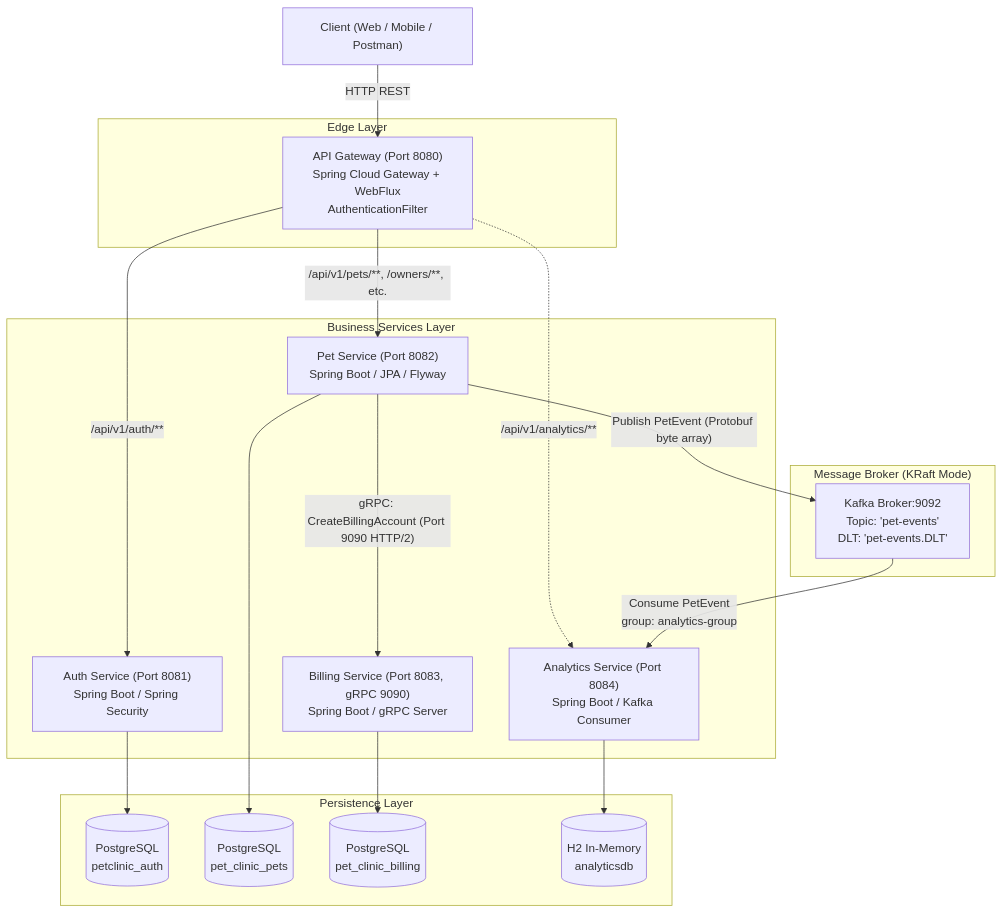
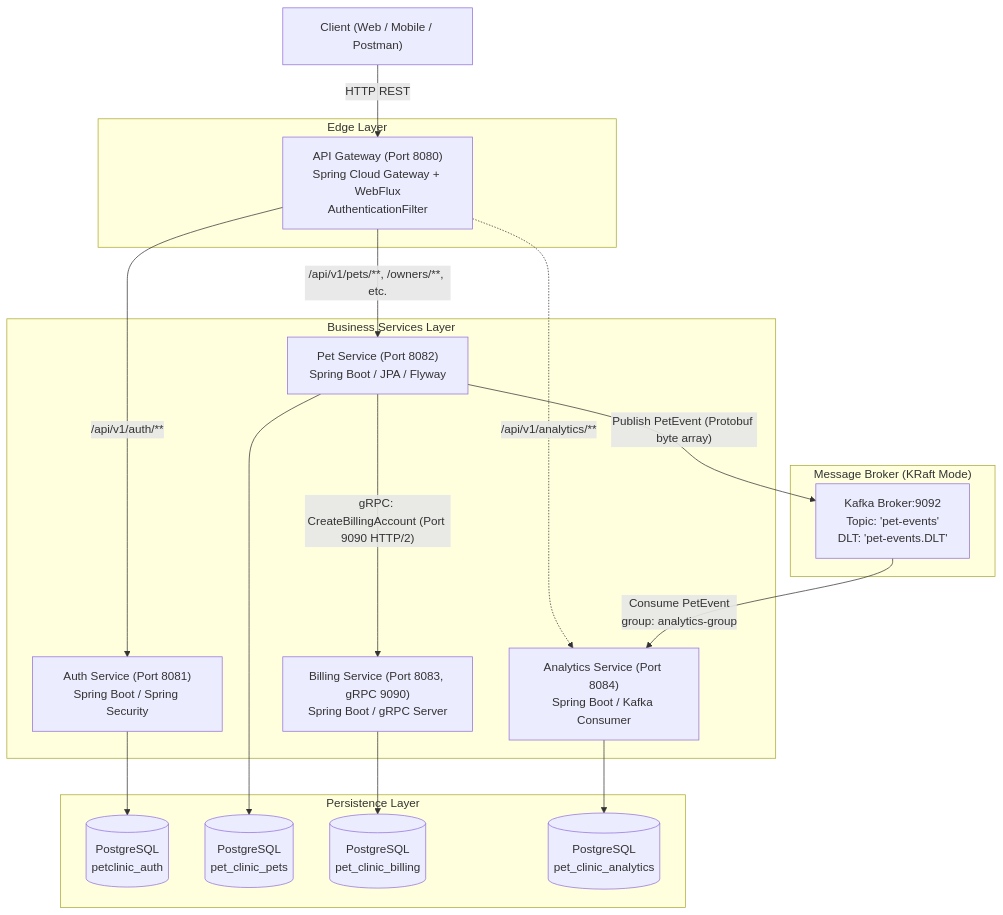
One commit to Phongasfd/pet-clinic-management changed the first of 5 diagrams in system_architecture_and_flow_docs.md. Above: the diagram before and after it, drawn with Mermaid. The commit also changed other lines of this file and 40 other files, not shown here.

````diff
--- a/system_architecture_and_flow_docs.md
+++ b/system_architecture_and_flow_docs.md
@@ -17,46 +17,46 @@
 ```mermaid
 flowchart TB
     Client["Client (Web / Mobile / Postman)"]
 
     subgraph Edge ["Edge Layer"]
         Gateway["API Gateway (Port 8080)<br/>Spring Cloud Gateway + WebFlux<br/>AuthenticationFilter"]
     end
 
     subgraph Microservices ["Business Services Layer"]
         Auth["Auth Service (Port 8081)<br/>Spring Boot / Spring Security"]
         Pet["Pet Service (Port 8082)<br/>Spring Boot / JPA / Flyway"]
         Billing["Billing Service (Port 8083, gRPC 9090)<br/>Spring Boot / gRPC Server"]
         Analytics["Analytics Service (Port 8084)<br/>Spring Boot / Kafka Consumer"]
     end
 
     subgraph Messaging ["Message Broker (KRaft Mode)"]
         KafkaBroker["Kafka Broker:9092<br/>Topic: 'pet-events'<br/>DLT: 'pet-events.DLT'"]
     end
 
     subgraph Storage ["Persistence Layer"]
         DB_Auth[(PostgreSQL<br/>petclinic_auth)]
         DB_Pets[(PostgreSQL<br/>pet_clinic_pets)]
         DB_Billing[(PostgreSQL<br/>pet_clinic_billing)]
-        DB_Analytics[(H2 In-Memory<br/>analyticsdb)]
+        DB_Analytics[(PostgreSQL<br/>pet_clinic_analytics)]
     end
 
     Client -->|"HTTP REST"| Gateway
 
     %% Gateway Routing
     Gateway -->|"/api/v1/auth/**"| Auth
     Gateway -->|"/api/v1/pets/**, /owners/**, etc."| Pet
     Gateway -.->|"/api/v1/analytics/**"| Analytics
 
     %% Synchronous gRPC
     Pet -->|"gRPC: CreateBillingAccount (Port 9090 HTTP/2)"| Billing
 
     %% Asynchronous Kafka
     Pet -->|"Publish PetEvent (Protobuf byte array)"| KafkaBroker
     KafkaBroker -->|"Consume PetEvent<br/>group: analytics-group"| Analytics
 
     %% Databases
     Auth --> DB_Auth
     Pet --> DB_Pets
     Billing --> DB_Billing
     Analytics --> DB_Analytics
 ```
````
